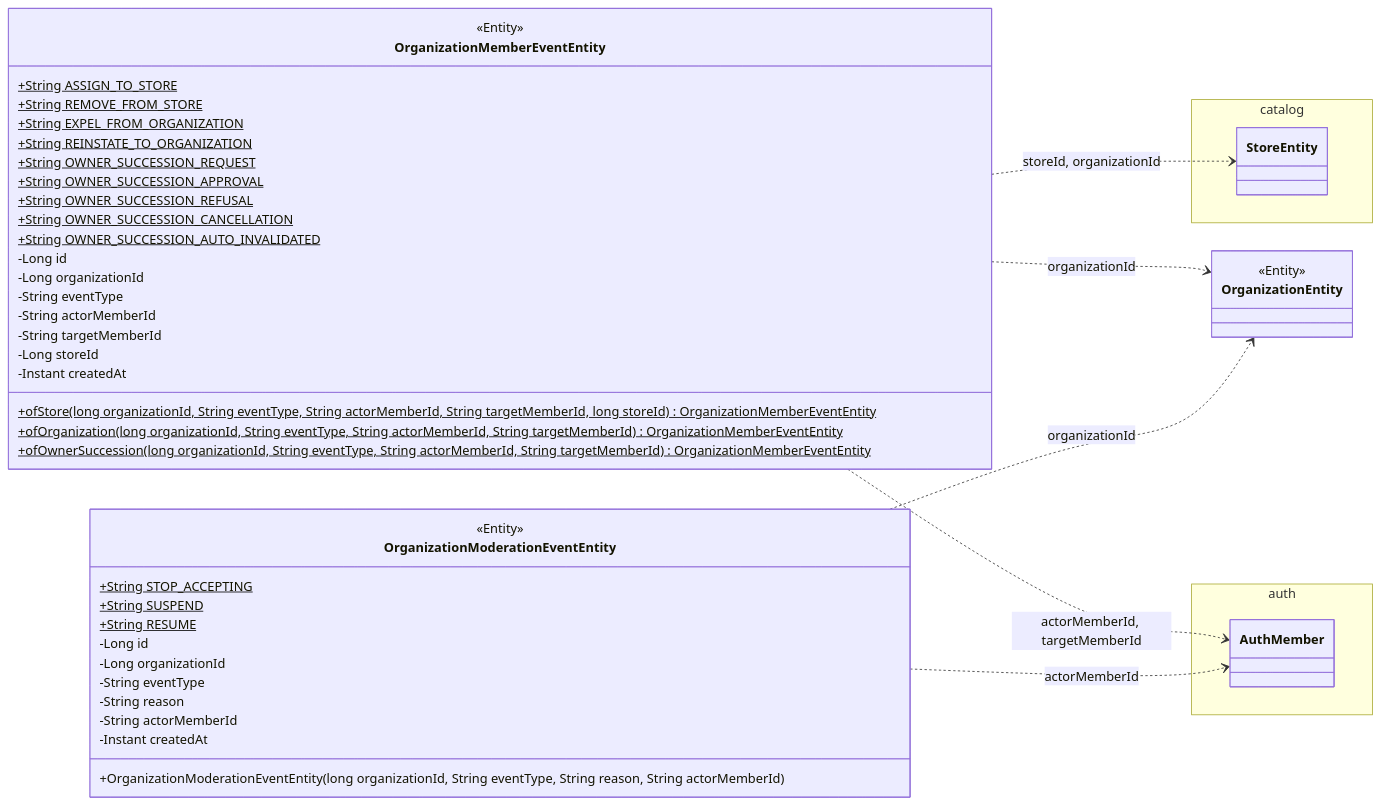
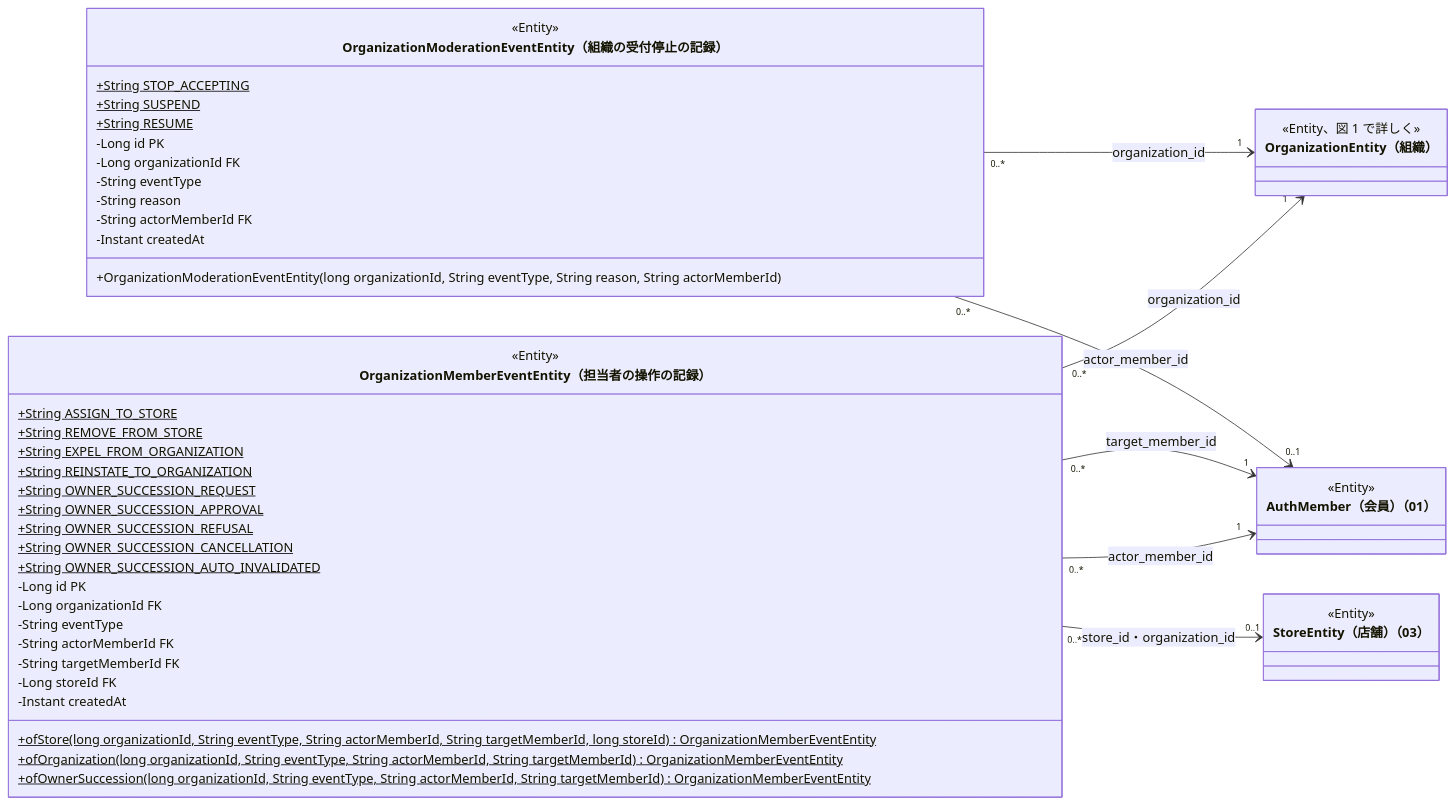
Before and after one commit to abeouga/kusakari-document: the second of 20 diagrams in クラス図/kusakari-ec/02_店舗と組織.md, drawn with Mermaid. The commit also changed other lines of this file and 87 other files, not shown here.

Commit message:
EC のクラス図に全体図を足し、詳細図をデータとモジュールの図に分けて書き直す

````diff
--- a/クラス図/kusakari-ec/02_店舗と組織.md
+++ b/クラス図/kusakari-ec/02_店舗と組織.md
@@ -151,54 +175,55 @@
 ```mermaid
 classDiagram
-  direction LR
-  class OrganizationMemberEventEntity {
-    <<Entity>>
-    +String ASSIGN_TO_STORE$
-    +String REMOVE_FROM_STORE$
-    +String EXPEL_FROM_ORGANIZATION$
-    +String REINSTATE_TO_ORGANIZATION$
-    +String OWNER_SUCCESSION_REQUEST$
-    +String OWNER_SUCCESSION_APPROVAL$
-    +String OWNER_SUCCESSION_REFUSAL$
-    +String OWNER_SUCCESSION_CANCELLATION$
-    +String OWNER_SUCCESSION_AUTO_INVALIDATED$
-    -Long id
-    -Long organizationId
-    -String eventType
-    -String actorMemberId
-    -String targetMemberId
-    -Long storeId
-    -Instant createdAt
-    +ofStore(long organizationId, String eventType, String actorMemberId, String targetMemberId, long storeId)$ OrganizationMemberEventEntity
-    +ofOrganization(long organizationId, String eventType, String actorMemberId, String targetMemberId)$ OrganizationMemberEventEntity
-    +ofOwnerSuccession(long organizationId, String eventType, String actorMemberId, String targetMemberId)$ OrganizationMemberEventEntity
-  }
-  class OrganizationModerationEventEntity {
-    <<Entity>>
-    +String STOP_ACCEPTING$
-    +String SUSPEND$
-    +String RESUME$
-    -Long id
-    -Long organizationId
-    -String eventType
-    -String reason
-    -String actorMemberId
-    -Instant createdAt
-    +OrganizationModerationEventEntity(long organizationId, String eventType, String reason, String actorMemberId)
-  }
-  class OrganizationEntity {
-    <<Entity>>
-  }
-  namespace catalog {
-    class StoreEntity
-  }
-  namespace auth {
-    class AuthMember
-  }
+    direction LR
+    class OrganizationMemberEventEntity["OrganizationMemberEventEntity（担当者の操作の記録）"] {
+        <<Entity>>
+        +String ASSIGN_TO_STORE$
+        +String REMOVE_FROM_STORE$
+        +String EXPEL_FROM_ORGANIZATION$
+        +String REINSTATE_TO_ORGANIZATION$
+        +String OWNER_SUCCESSION_REQUEST$
+        +String OWNER_SUCCESSION_APPROVAL$
+        +String OWNER_SUCCESSION_REFUSAL$
+        +String OWNER_SUCCESSION_CANCELLATION$
+        +String OWNER_SUCCESSION_AUTO_INVALIDATED$
+        -Long id PK
+        -Long organizationId FK
+        -String eventType
+        -String actorMemberId FK
+        -String targetMemberId FK
+        -Long storeId FK
+        -Instant createdAt
+        +ofStore(long organizationId, String eventType, String actorMemberId, String targetMemberId, long storeId)$ OrganizationMemberEventEntity
+        +ofOrganization(long organizationId, String eventType, String actorMemberId, String targetMemberId)$ OrganizationMemberEventEntity
+        +ofOwnerSuccession(long organizationId, String eventType, String actorMemberId, String targetMemberId)$ OrganizationMemberEventEntity
+    }
+    class OrganizationModerationEventEntity["OrganizationModerationEventEntity（組織の受付停止の記録）"] {
+        <<Entity>>
+        +String STOP_ACCEPTING$
+        +String SUSPEND$
+        +String RESUME$
+        -Long id PK
+        -Long organizationId FK
+        -String eventType
+        -String reason
+        -String actorMemberId FK
+        -Instant createdAt
+        +OrganizationModerationEventEntity(long organizationId, String eventType, String reason, String actorMemberId)
+    }
+    class OrganizationEntity["OrganizationEntity（組織）"] {
+        <<Entity、図 1 で詳しく>>
+    }
+    class StoreEntity["StoreEntity（店舗）（03）"] {
+        <<Entity>>
+    }
+    class AuthMember["AuthMember（会員）（01）"] {
+        <<Entity>>
+    }
 
-  OrganizationMemberEventEntity ..> OrganizationEntity : organizationId
-  OrganizationMemberEventEntity ..> AuthMember : actorMemberId, targetMemberId
-  OrganizationMemberEventEntity ..> StoreEntity : storeId, organizationId
-  OrganizationModerationEventEntity ..> OrganizationEntity : organizationId
-  OrganizationModerationEventEntity ..> AuthMember : actorMemberId
+    OrganizationMemberEventEntity "0..*" --> "1" OrganizationEntity : organization_id
+    OrganizationMemberEventEntity "0..*" --> "1" AuthMember : actor_member_id
+    OrganizationMemberEventEntity "0..*" --> "1" AuthMember : target_member_id
+    OrganizationMemberEventEntity "0..*" --> "0..1" StoreEntity : store_id・organization_id
+    OrganizationModerationEventEntity "0..*" --> "1" OrganizationEntity : organization_id
+    OrganizationModerationEventEntity "0..*" --> "0..1" AuthMember : actor_member_id
 ```
````
